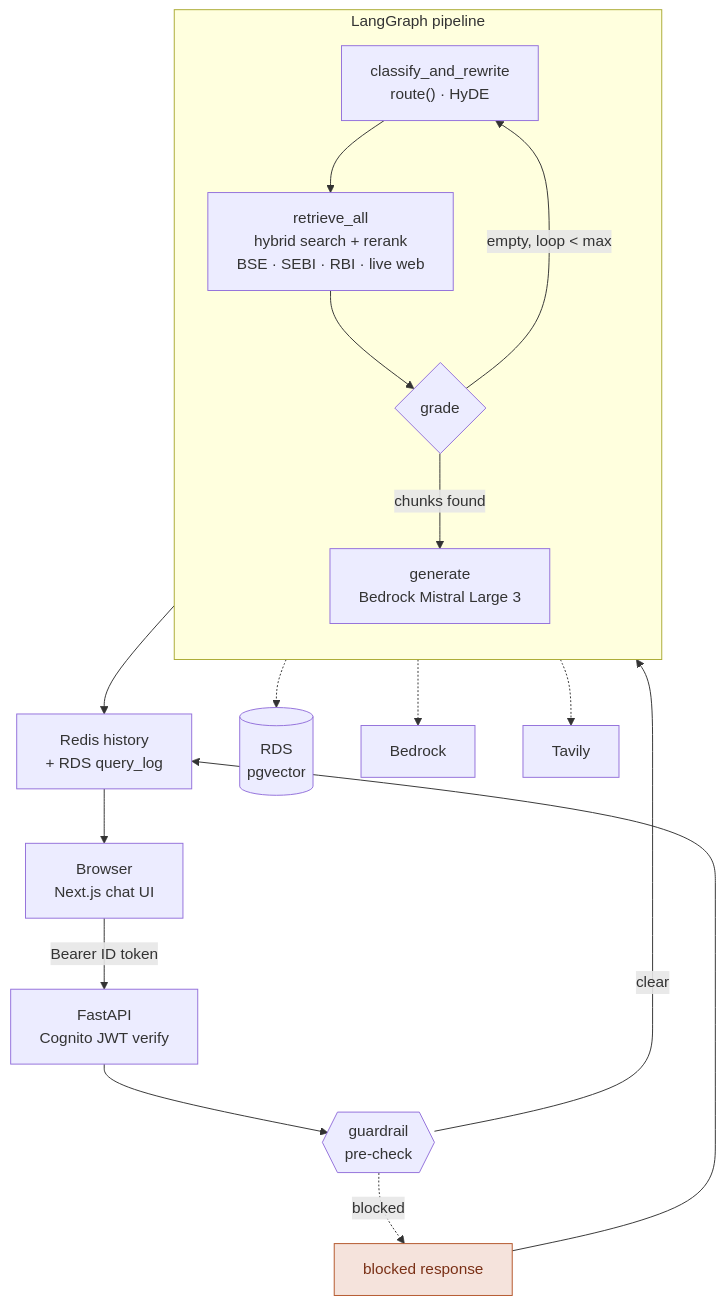
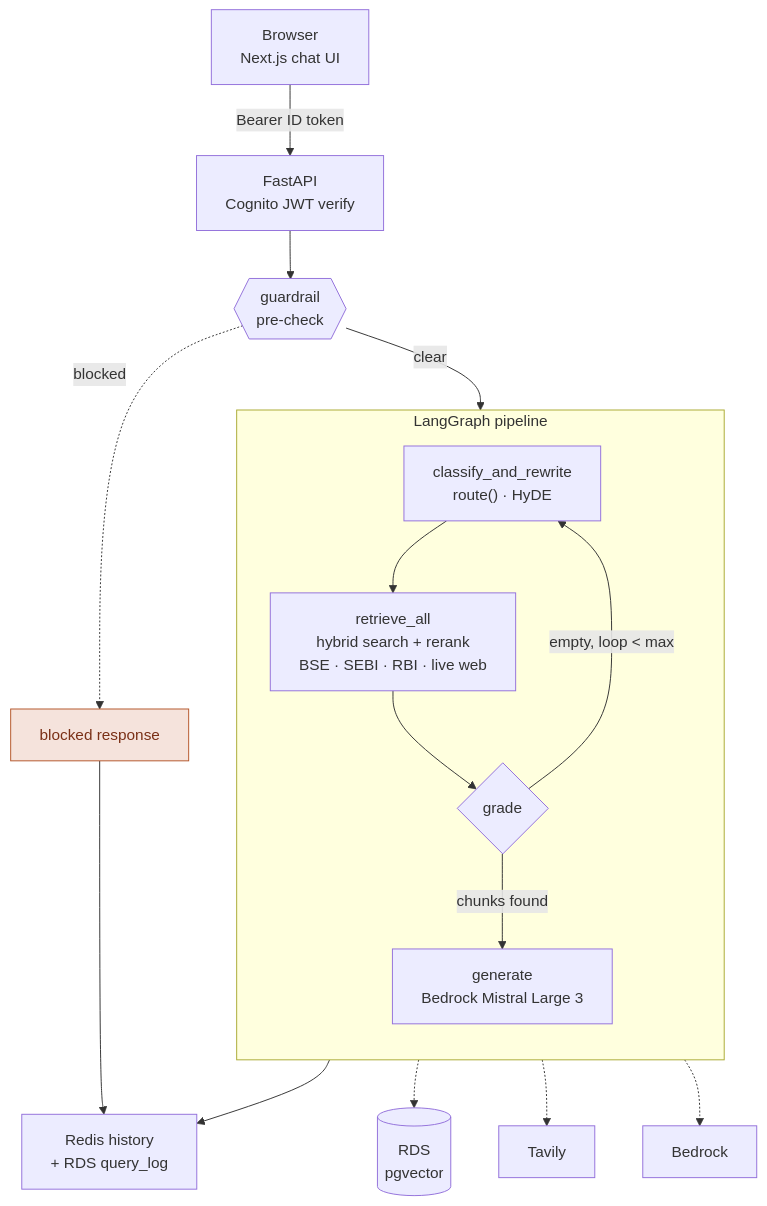
One commit to Anand09-in/vyom changed the diagram in README.md. Above: the diagram before and after it, drawn with Mermaid.

Commit message:
flow updated

````diff
--- a/README.md
+++ b/README.md
@@ -30,35 +30,35 @@
 ```mermaid
 flowchart TD
     Browser["Browser<br/>Next.js chat UI"]
     API["FastAPI<br/>Cognito JWT verify"]
     Precheck{{"guardrail<br/>pre-check"}}
     Blocked["blocked response"]
 
     subgraph Pipeline["LangGraph pipeline"]
         direction TB
         Classify["classify_and_rewrite<br/>route() · HyDE"]
         Retrieve["retrieve_all<br/>hybrid search + rerank<br/>BSE · SEBI · RBI · live web"]
         Grade{"grade"}
         Generate["generate<br/>Bedrock Mistral Large 3"]
         Classify --> Retrieve --> Grade
         Grade -->|"empty, loop < max"| Classify
         Grade -->|"chunks found"| Generate
     end
 
     Store["Redis history<br/>+ RDS query_log"]
 
     Browser -->|"Bearer ID token"| API --> Precheck
     Precheck -->|clear| Pipeline
     Precheck -.->|blocked| Blocked
-    Pipeline --> Store --> Browser
+    Pipeline --> Store
     Blocked --> Store
 
     RDS[("RDS<br/>pgvector")]
     Bedrock["Bedrock"]
     Tavily["Tavily"]
     Retrieve -.-> RDS & Tavily
     Generate -.-> Bedrock
 
     classDef blocked fill:#f5e3dc,stroke:#b4562a,color:#7a3016
     class Blocked blocked
 ```
````
